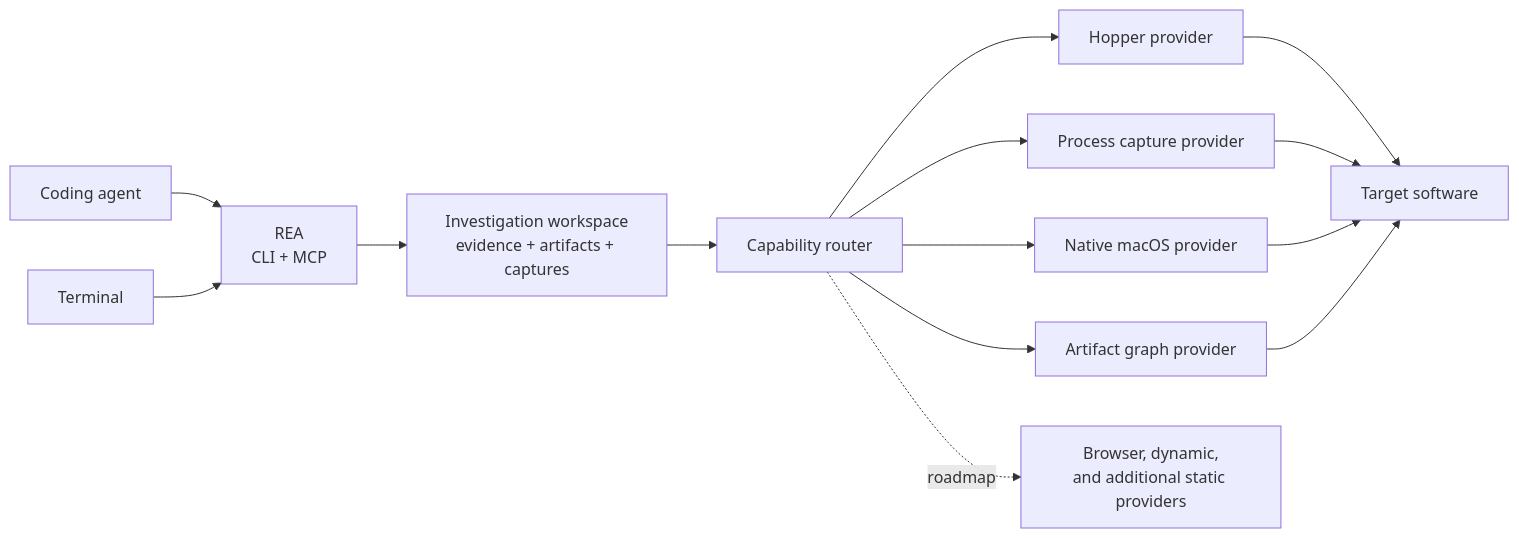
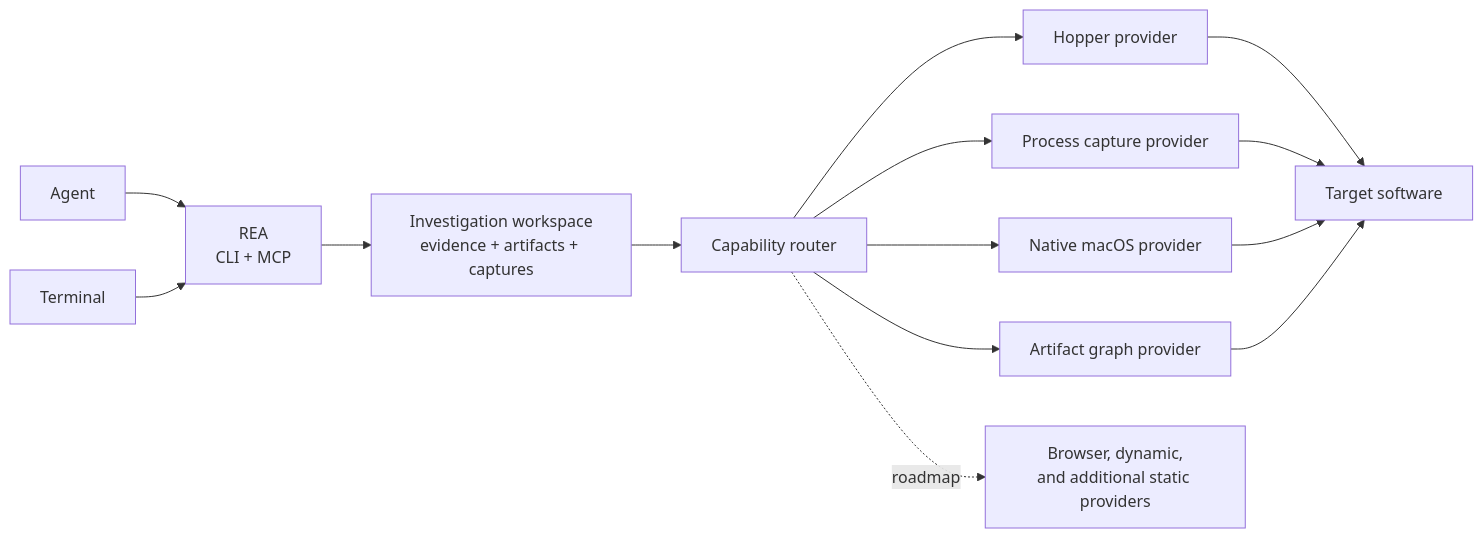
The diagram in README.md (bryankwandou/rea), drawn with Mermaid before and after one commit. The commit also changed other lines of this file and 11 other files, not shown here.

````diff
--- a/README.md
+++ b/README.md
@@ -325,16 +325,16 @@
 ```mermaid
 flowchart LR
-    Agent["Coding agent"] --> REA["REA<br/>CLI + MCP"]
+    Agent["Agent"] --> REA["REA<br/>CLI + MCP"]
     Terminal --> REA
     REA --> Workspace["Investigation workspace<br/>evidence + artifacts + captures"]
     Workspace --> Router["Capability router"]
     Router --> Hopper["Hopper provider"]
     Router --> Native["Native macOS provider"]
     Router --> Artifact["Artifact graph provider"]
     Router --> Process["Process capture provider"]
     Router -. roadmap .-> More["Browser, dynamic,<br/>and additional static providers"]
     Hopper --> Target["Target software"]
     Process --> Target
     Native --> Target
     Artifact --> Target
 ```
````
